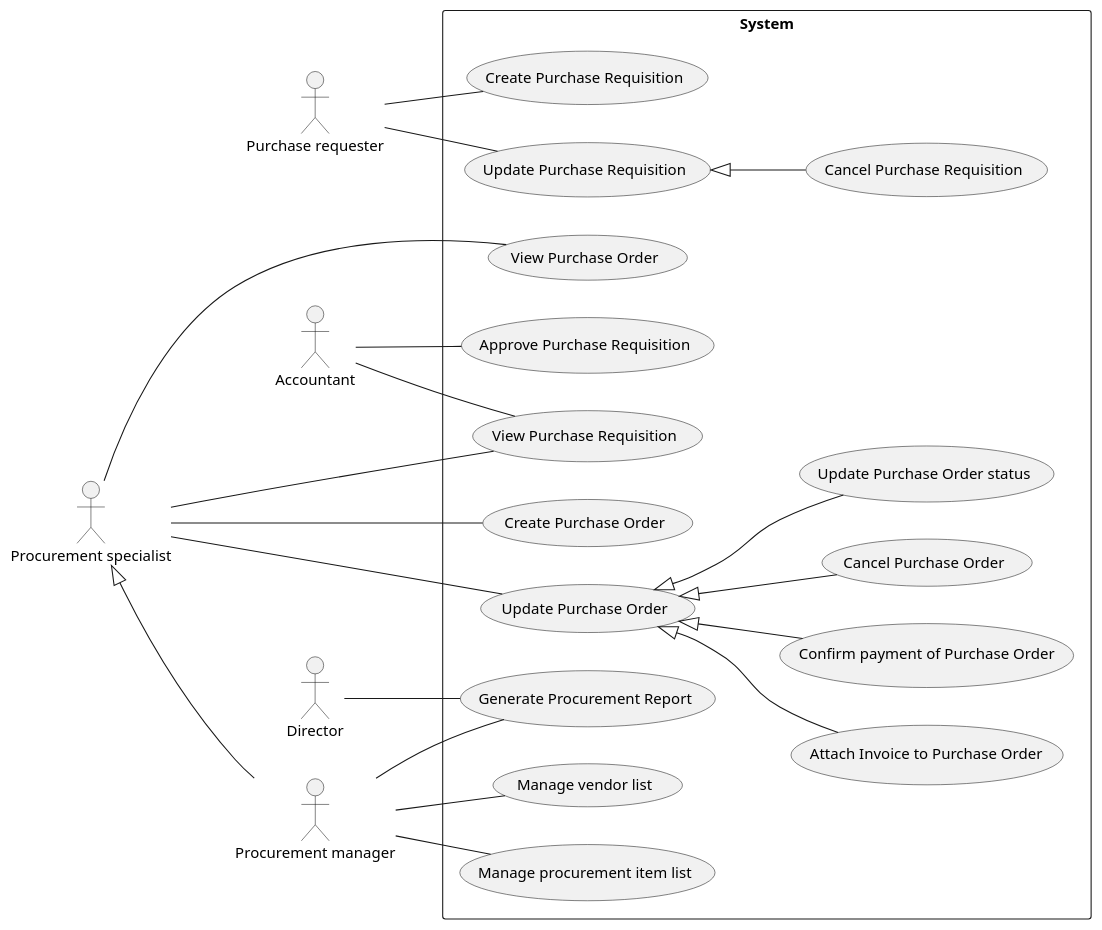
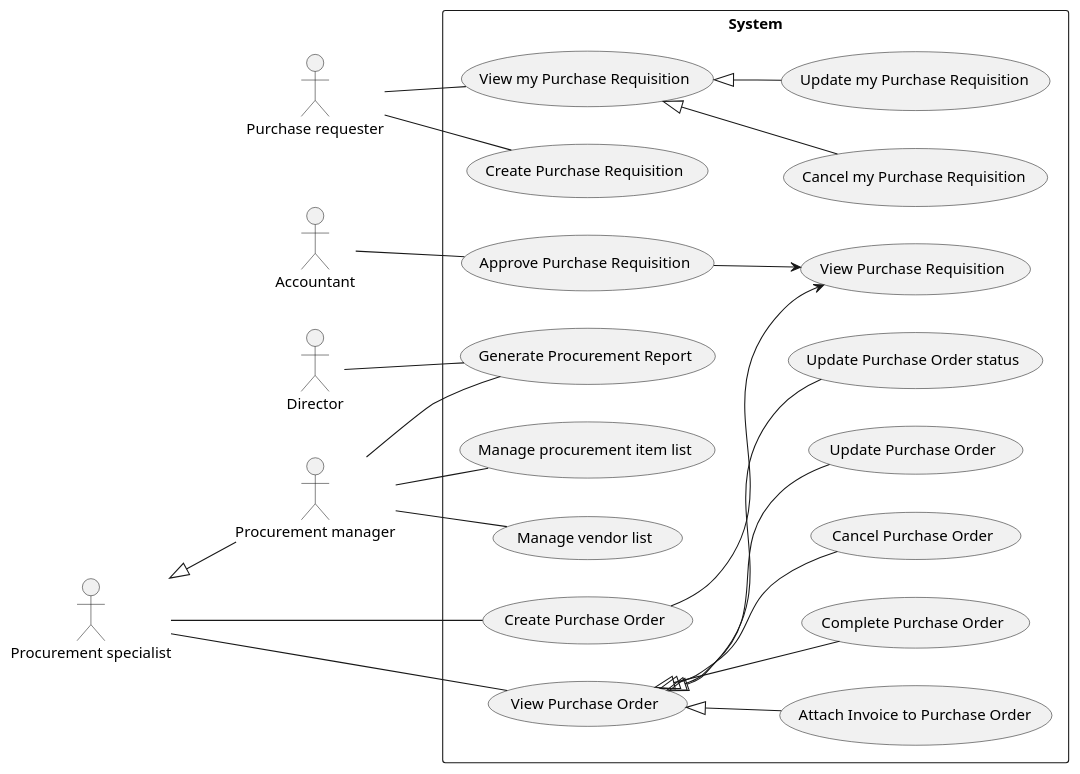
Before and after one commit to phihungha/scmss-reqs: the diagram in use-cases/procurement.plantuml, drawn with PlantUML. The commit also changed 1 other file, not shown here.

```diff
--- a/use-cases/procurement.plantuml
+++ b/use-cases/procurement.plantuml
@@ -1,34 +1,35 @@
 @startuml Procurement
 left to right direction
 
 :Director: as d
 :Accountant: as a
 
 :Purchase requester: as pr
 :Procurement manager: as pm
 :Procurement specialist: as ps
 ps <|-- pm
 
 rectangle System {
+    pr -- (Create Purchase Requisition)
+    pr -- (View my Purchase Requisition)
+    (View my Purchase Requisition) <|-- (Update my Purchase Requisition)
+    (View my Purchase Requisition) <|-- (Cancel my Purchase Requisition)
+    a -- (Approve Purchase Requisition)
+    (Approve Purchase Requisition) --> (View Purchase Requisition)
+
+    ps -- (Create Purchase Order)
+    (Create Purchase Order) --> (View Purchase Requisition)
+    ps -- (View Purchase Order)
+    (View Purchase Order) <|-- (Update Purchase Order)
+    (View Purchase Order) <|-- (Update Purchase Order status)
+    (View Purchase Order) <|-- (Attach Invoice to Purchase Order)
+    (View Purchase Order) <|-- (Complete Purchase Order)
+    (View Purchase Order) <|-- (Cancel Purchase Order)
+
     pm -- (Manage vendor list)
     pm -- (Manage procurement item list)
-
-    a -- (View Purchase Requisition)
-    pr -- (Create Purchase Requisition)
-    pr -- (Update Purchase Requisition)
-    (Update Purchase Requisition) <|-- (Cancel Purchase Requisition)
-    a -- (Approve Purchase Requisition)
-
-    ps -- (View Purchase Requisition)
-    ps -- (View Purchase Order)
-    ps -- (Create Purchase Order)
-    ps -- (Update Purchase Order)
-    (Update Purchase Order) <|-- (Update Purchase Order status)
-    (Update Purchase Order) <|-- (Attach Invoice to Purchase Order)
-    (Update Purchase Order) <|-- (Confirm payment of Purchase Order)
-    (Update Purchase Order) <|-- (Cancel Purchase Order)
 
     pm -- (Generate Procurement Report)
     d -- (Generate Procurement Report)
 }
 @enduml
```
